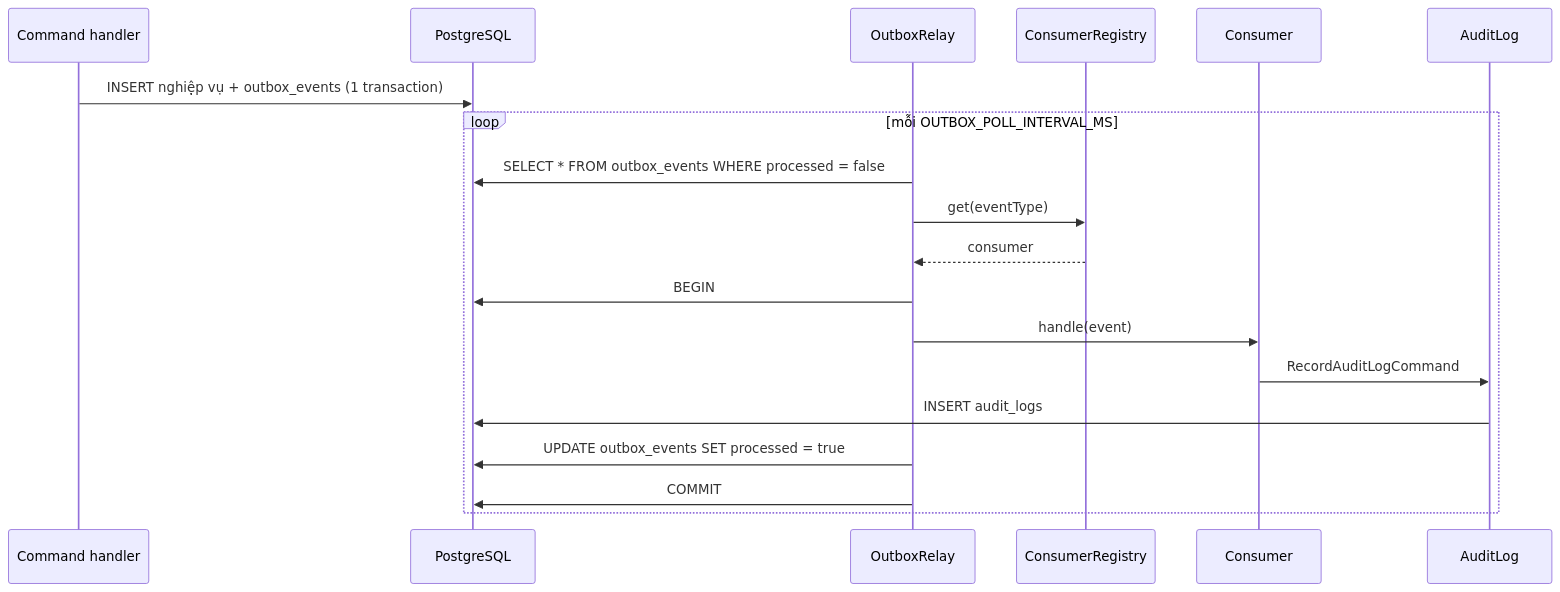
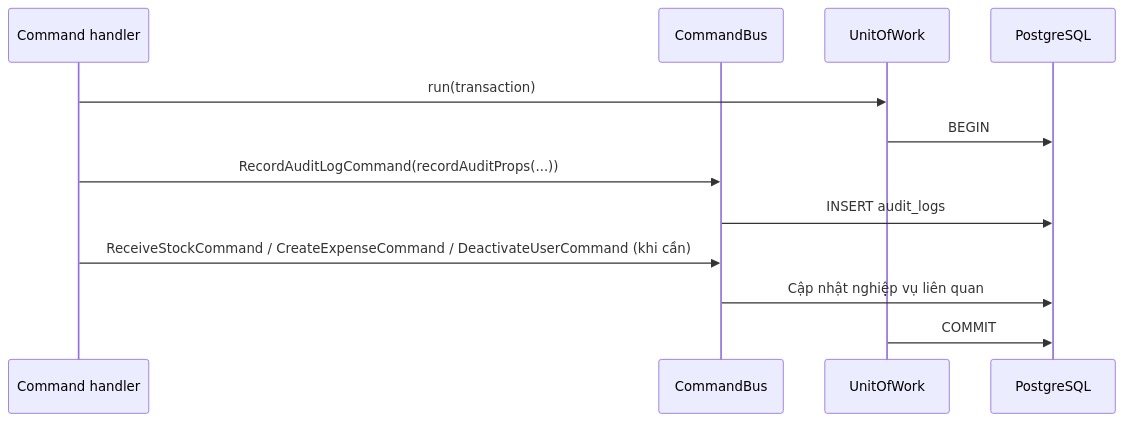
The fourth of 4 diagrams in docs/architecture.md (pham-dinh-thai/pharmacy-otc), drawn with Mermaid before and after one commit. The commit also changed other lines of this file and 182 other files, not shown here.

````diff
--- a/docs/architecture.md
+++ b/docs/architecture.md
@@ -145,22 +143,15 @@
 ```mermaid
 sequenceDiagram
-    participant API as Command handler
+    participant H as Command handler
+    participant CB as CommandBus
+    participant UoW as UnitOfWork
     participant DB as PostgreSQL
-    participant Relay as OutboxRelay
-    participant Reg as ConsumerRegistry
-    participant Cons as Consumer
-    participant Audit as AuditLog
 
-    API->>DB: INSERT nghiệp vụ + outbox_events (1 transaction)
-    loop mỗi OUTBOX_POLL_INTERVAL_MS
-        Relay->>DB: SELECT * FROM outbox_events WHERE processed = false
-        Relay->>Reg: get(eventType)
-        Reg-->>Relay: consumer
-        Relay->>DB: BEGIN
-        Relay->>Cons: handle(event)
-        Cons->>Audit: RecordAuditLogCommand
-        Audit->>DB: INSERT audit_logs
-        Relay->>DB: UPDATE outbox_events SET processed = true
-        Relay->>DB: COMMIT
-    end
+    H->>UoW: run(transaction)
+    UoW->>DB: BEGIN
+    H->>CB: RecordAuditLogCommand(recordAuditProps(...))
+    CB->>DB: INSERT audit_logs
+    H->>CB: ReceiveStockCommand / CreateExpenseCommand / DeactivateUserCommand (khi cần)
+    CB->>DB: Cập nhật nghiệp vụ liên quan
+    UoW->>DB: COMMIT
 ```
````
